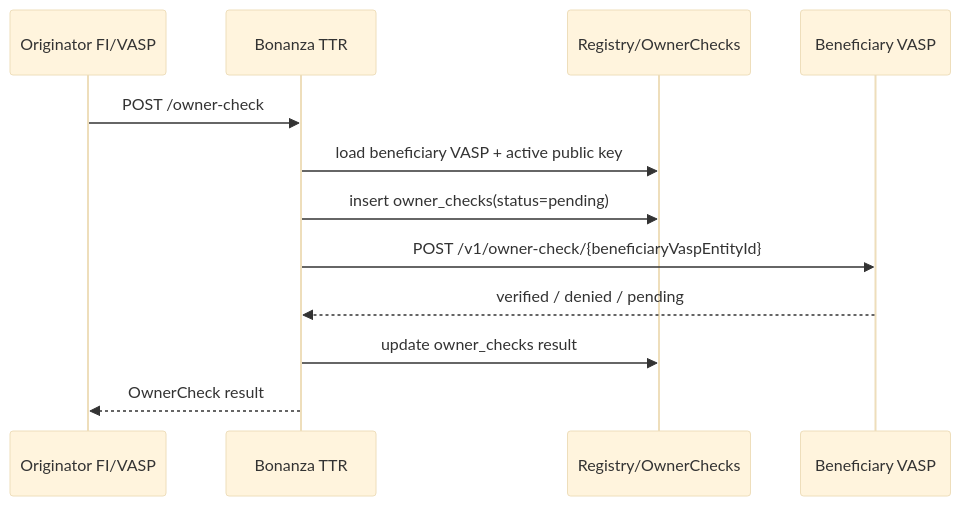
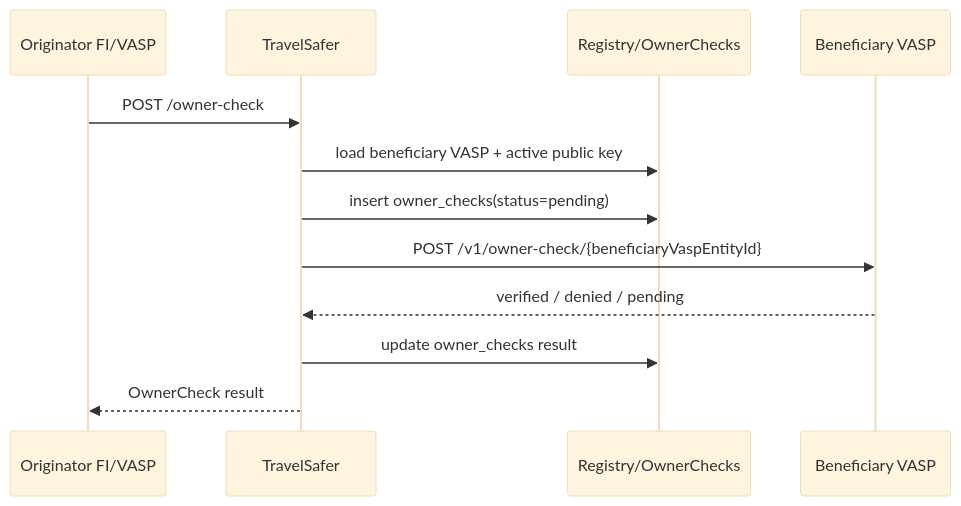
One commit to alvintracer/transight-tr changed the second of 2 diagrams in docs/ttr-api-specification.md. Above: the diagram before and after it, drawn with Mermaid (base theme). The commit also changed other lines of this file and 64 other files, not shown here.

Commit message:
Rename public brand to TravelSafer

````diff
--- a/docs/ttr-api-specification.md
+++ b/docs/ttr-api-specification.md
@@ -242,15 +242,15 @@
 ```mermaid
 sequenceDiagram
   participant OFI as Originator FI/VASP
-  participant BZ as Bonanza TTR
+  participant BZ as TravelSafer
   participant DB as Registry/OwnerChecks
   participant BFI as Beneficiary VASP
 
   OFI->>BZ: POST /owner-check
   BZ->>DB: load beneficiary VASP + active public key
   BZ->>DB: insert owner_checks(status=pending)
   BZ->>BFI: POST /v1/owner-check/{beneficiaryVaspEntityId}
   BFI-->>BZ: verified / denied / pending
   BZ->>DB: update owner_checks result
   BZ-->>OFI: OwnerCheck result
 ```
````
